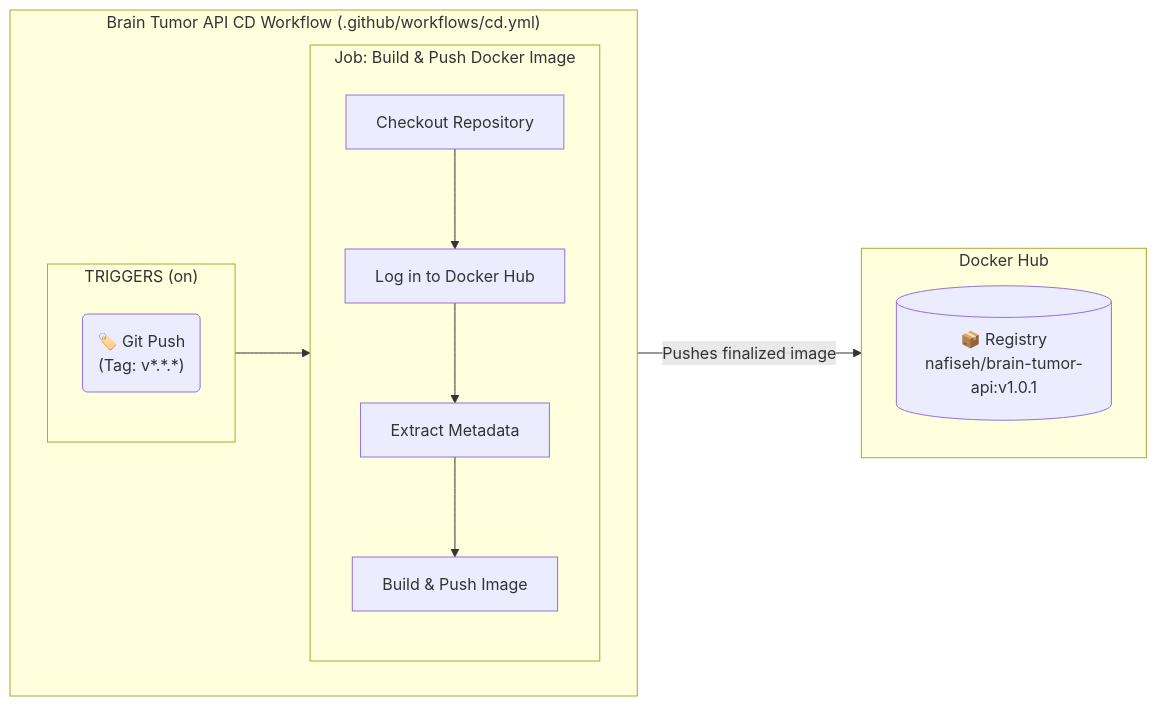
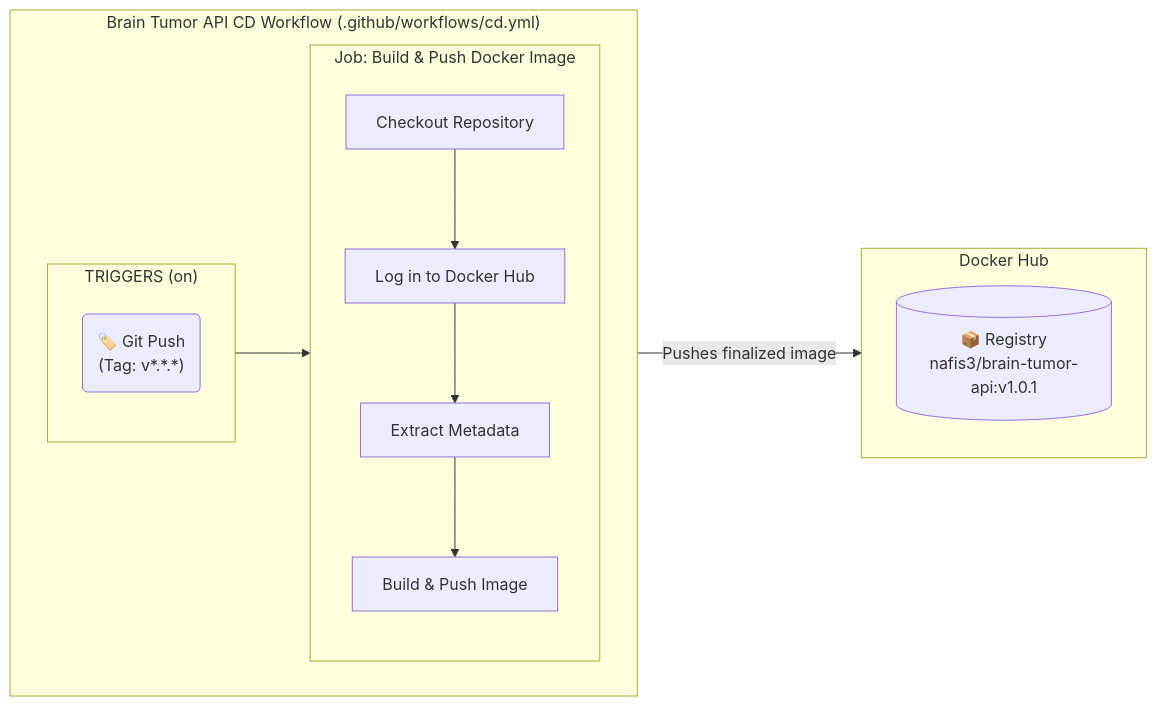
The second of 3 diagrams in README.md (Nafisioo/brain-tumor-classification), drawn with Mermaid before and after one commit. The commit also changed other lines of this file and 3 other files, not shown here.

````diff
--- a/README.md
+++ b/README.md
@@ -60,28 +83,28 @@
 ```mermaid
 flowchart LR
     subgraph CD_Workflow["Brain Tumor API CD Workflow (.github/workflows/cd.yml)"]
         direction LR
 
         subgraph Triggers["TRIGGERS (on)"]
             T1("🏷️ Git Push<br/>(Tag: v*.*.*)")
         end
 
         subgraph Job_CD["Job: Build & Push Docker Image"]
             direction TB
             S1["Checkout Repository"]
             S2["Log in to Docker Hub"]
             S3["Extract Metadata"]
             S4["Build & Push Image"]
 
             S1 --> S2 --> S3 --> S4
         end
 
         Triggers --> Job_CD
     end
 
     subgraph Docker_Hub["Docker Hub"]
-        Image[("📦 Registry<br/>nafiseh/brain-tumor-api:v1.0.1")]
+        Image[("📦 Registry<br/>nafis3/brain-tumor-api:v1.0.1")]
     end
 
     Job_CD -- "Pushes finalized image" --> Docker_Hub
 ```
````
